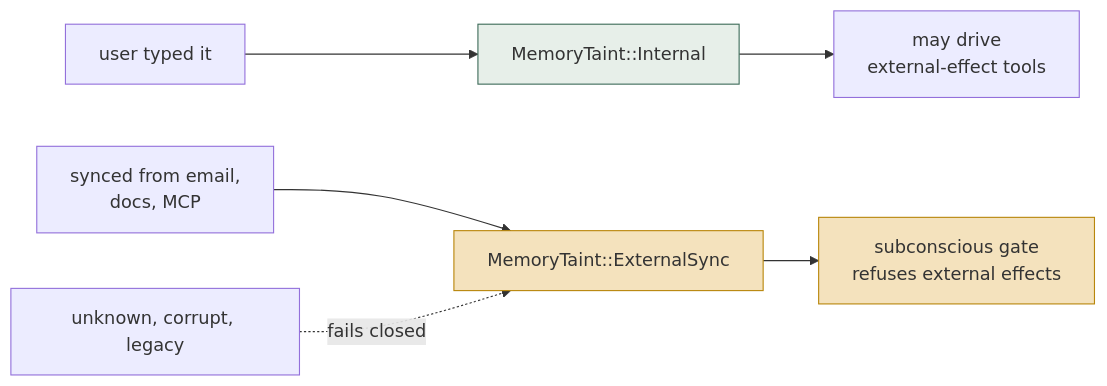
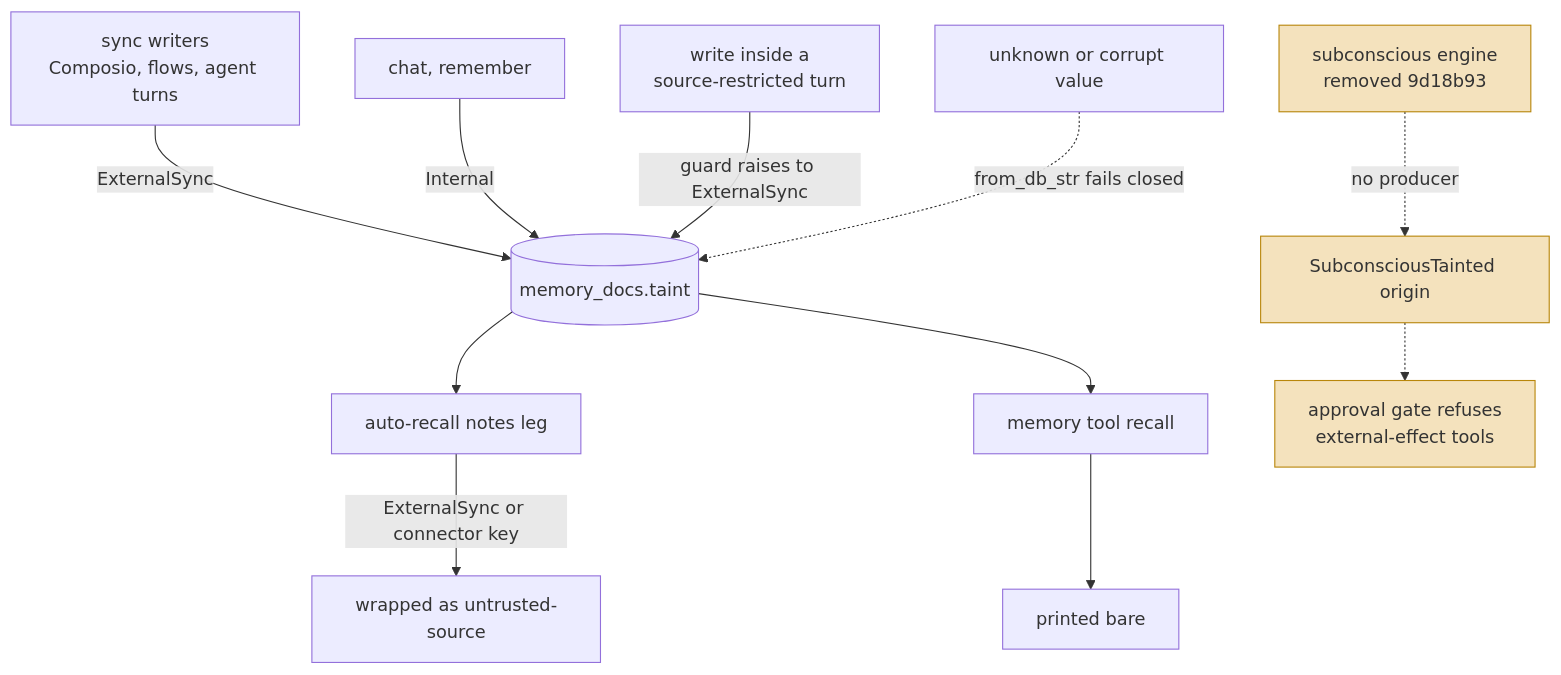
The first of 2 diagrams in content/systems/openhuman.md (neoneye/agent-memory-atlas), drawn with Mermaid before and after one commit. The commit also changed other lines of this file and 18 other files, not shown here.

Commit message:
OpenHuman re-read at c833323 with tinymemory and tinycortex at their pinned commits: the taint's tool refusal lost its producer with the subconscious module, source allowlists skip namespace recall; scope_enforced withdrawn, human_review and negative_eval carried

````diff
--- a/content/systems/openhuman.md
+++ b/content/systems/openhuman.md
@@ -88,13 +100,18 @@
 ```mermaid
-%% caption: taint decides what a memory may drive, and anything unknown, corrupt or legacy fails closed to the external class
-flowchart LR
-    U["user typed it"] --> I["MemoryTaint::Internal"]
-    S["synced from email,<br/>docs, MCP"] --> E["MemoryTaint::ExternalSync"]
-    UNK["unknown, corrupt, legacy"] -.->|"fails closed"| E
-    I --> OK["may drive<br/>external-effect tools"]
-    E --> NO["subconscious gate<br/>refuses external effects"]
+%% caption: taint is still stamped on every sync write, but the refusal it once fed has no producer at this commit
+flowchart TB
+    SYNC["sync writers<br/>Composio, flows, agent turns"] -->|"ExternalSync"| DOC[("memory_docs.taint")]
+    USER["chat, remember"] -->|"Internal"| DOC
+    SCOPE["write inside a<br/>source-restricted turn"] -->|"guard raises to ExternalSync"| DOC
+    BAD["unknown or corrupt value"] -.->|"from_db_str fails closed"| DOC
+    DOC --> AR["auto-recall notes leg"]
+    AR -->|"ExternalSync or connector key"| WRAP["wrapped as untrusted-source"]
+    DOC --> RT["memory tool recall"]
+    RT --> BARE["printed bare"]
+    GONE["subconscious engine<br/>removed 9d18b93"] -.->|"no producer"| TAINTED["SubconsciousTainted origin"]
+    TAINTED -.-> DENY["approval gate refuses<br/>external-effect tools"]
 
-    style I fill:#e7efe9,stroke:#3d6b59
-    style E fill:#f4e2bd,stroke:#b8860b
-    style NO fill:#f4e2bd,stroke:#b8860b
+    style GONE fill:#f4e2bd,stroke:#b8860b
+    style TAINTED fill:#f4e2bd,stroke:#b8860b
+    style DENY fill:#f4e2bd,stroke:#b8860b
 ```
````
